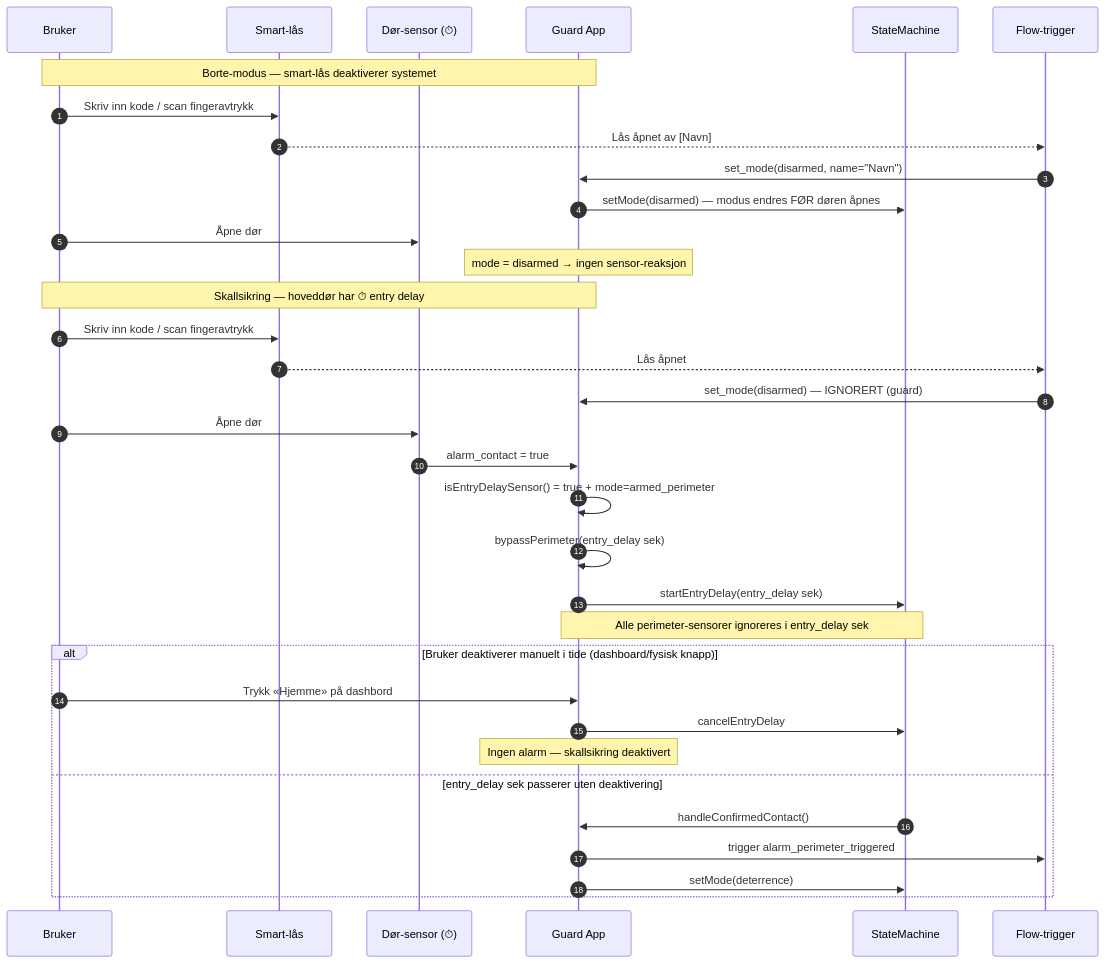
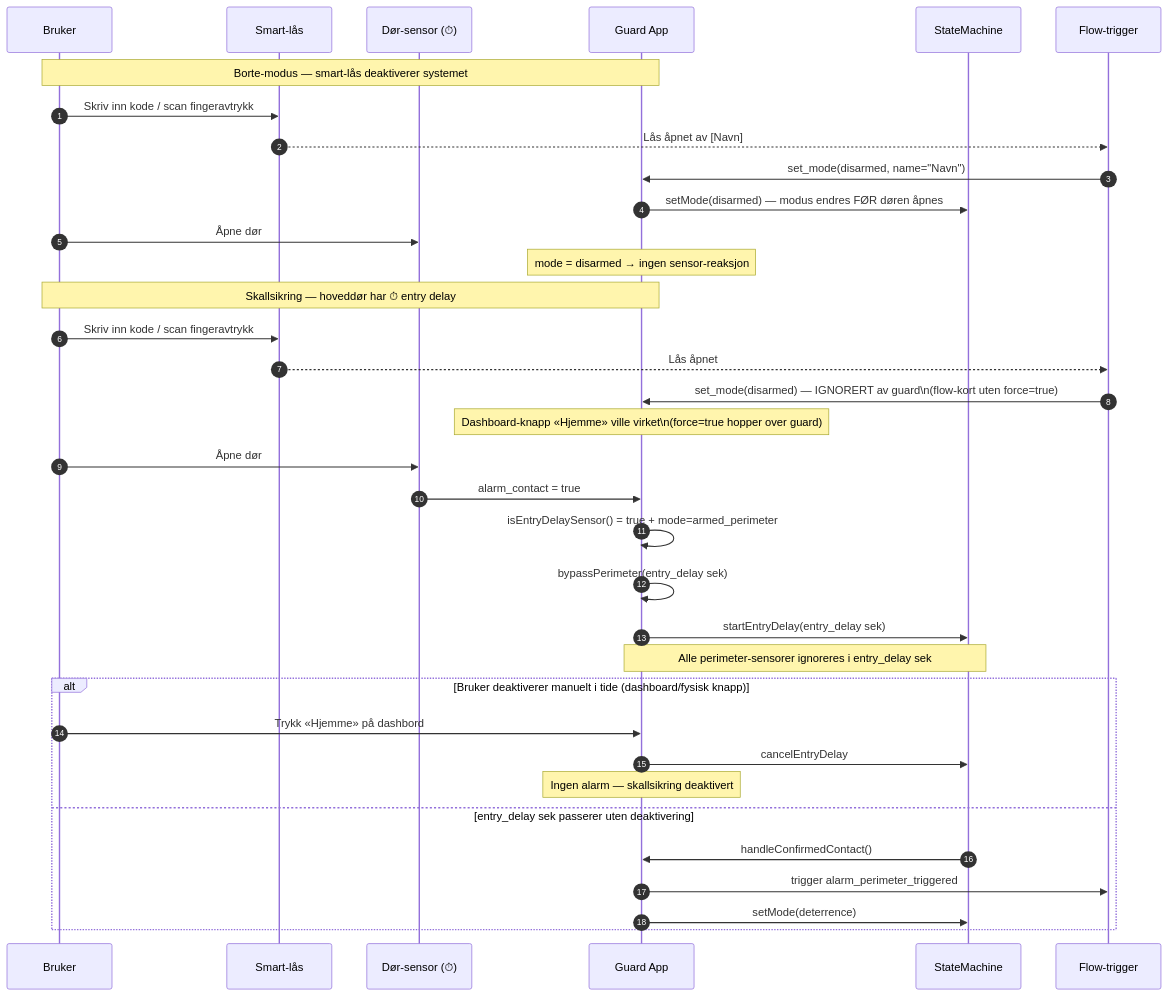
One commit to thomasekdahlN/mccallisterguard changed the fourth of 5 diagrams in README.md. Above: the diagram before and after it, drawn with Mermaid. The commit also changed other lines of this file, not shown here.

First line of the commit message:
docs: update all Mermaid diagrams

````diff
--- a/README.md
+++ b/README.md
@@ -160,38 +164,39 @@
 ```mermaid
 sequenceDiagram
   autonumber
   participant U as Bruker
   participant L as Smart-lås
   participant D as Dør-sensor (⏱)
   participant App as Guard App
   participant SM as StateMachine
   participant F as Flow-trigger
 
   Note over U,App: Borte-modus — smart-lås deaktiverer systemet
   U->>L: Skriv inn kode / scan fingeravtrykk
   L-->>F: Lås åpnet av [Navn]
   F->>App: set_mode(disarmed, name="Navn")
   App->>SM: setMode(disarmed) — modus endres FØR døren åpnes
   U->>D: Åpne dør
   Note over App: mode = disarmed → ingen sensor-reaksjon
 
   Note over U,App: Skallsikring — hoveddør har ⏱ entry delay
   U->>L: Skriv inn kode / scan fingeravtrykk
   L-->>F: Lås åpnet
-  F->>App: set_mode(disarmed) — IGNORERT (guard)
+  F->>App: set_mode(disarmed) — IGNORERT av guard\n(flow-kort uten force=true)
+  Note over App: Dashboard-knapp «Hjemme» ville virket\n(force=true hopper over guard)
   U->>D: Åpne dør
   D->>App: alarm_contact = true
   App->>App: isEntryDelaySensor() = true + mode=armed_perimeter
   App->>App: bypassPerimeter(entry_delay sek)
   App->>SM: startEntryDelay(entry_delay sek)
   Note over App,SM: Alle perimeter-sensorer ignoreres i entry_delay sek
   alt Bruker deaktiverer manuelt i tide (dashboard/fysisk knapp)
     U->>App: Trykk «Hjemme» på dashbord
     App->>SM: cancelEntryDelay
     Note over App: Ingen alarm — skallsikring deaktivert
   else entry_delay sek passerer uten deaktivering
     SM->>App: handleConfirmedContact()
     App->>F: trigger alarm_perimeter_triggered
     App->>SM: setMode(deterrence)
   end
 ```
````
